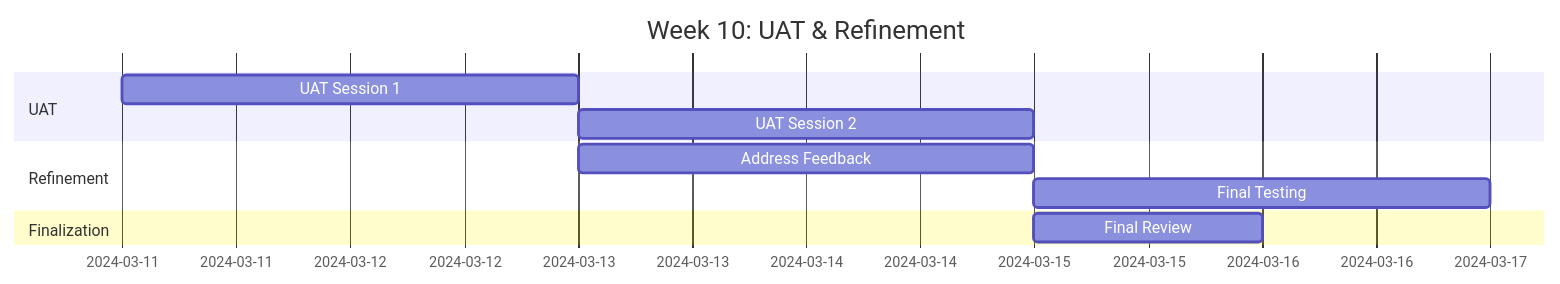
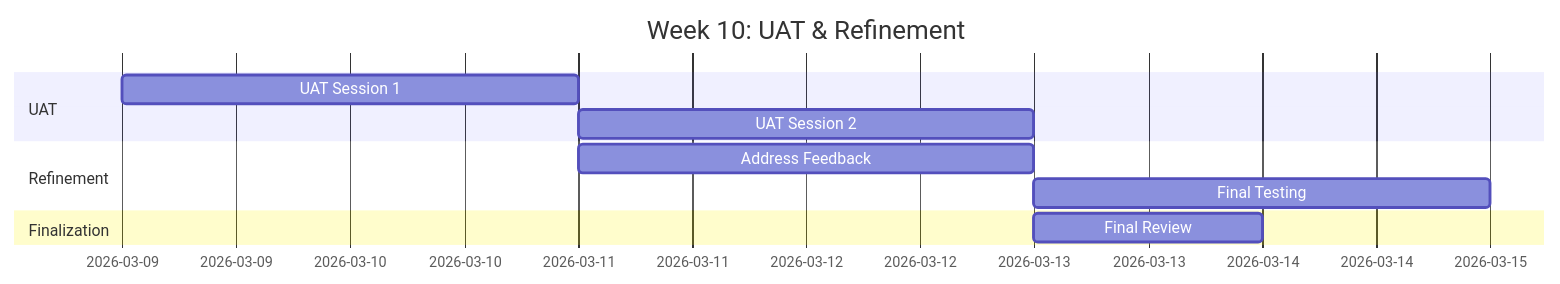
The second of 4 diagrams in SAP-Guides/Capstone/Employee-Leave-System/Phase3_Testing_QA.md (iouthnamain/tech-note), drawn with Mermaid before and after one commit. The commit also changed other lines of this file and 96 other files, not shown here.

````diff
--- a/SAP-Guides/Capstone/Employee-Leave-System/Phase3_Testing_QA.md
+++ b/SAP-Guides/Capstone/Employee-Leave-System/Phase3_Testing_QA.md
@@ -333,13 +333,13 @@
 ```mermaid
 gantt
     title Week 10: UAT & Refinement
     dateFormat YYYY-MM-DD
     section UAT
-    UAT Session 1        :a1, 2024-03-11, 2d
+    UAT Session 1        :a1, 2026-03-09, 2d
     UAT Session 2        :a2, after a1, 2d
     section Refinement
-    Address Feedback     :b1, 2024-03-13, 2d
+    Address Feedback     :b1, 2026-03-11, 2d
     Final Testing        :b2, after b1, 2d
     section Finalization
-    Final Review         :c1, 2024-03-15, 1d
+    Final Review         :c1, 2026-03-13, 1d
 ```
````
